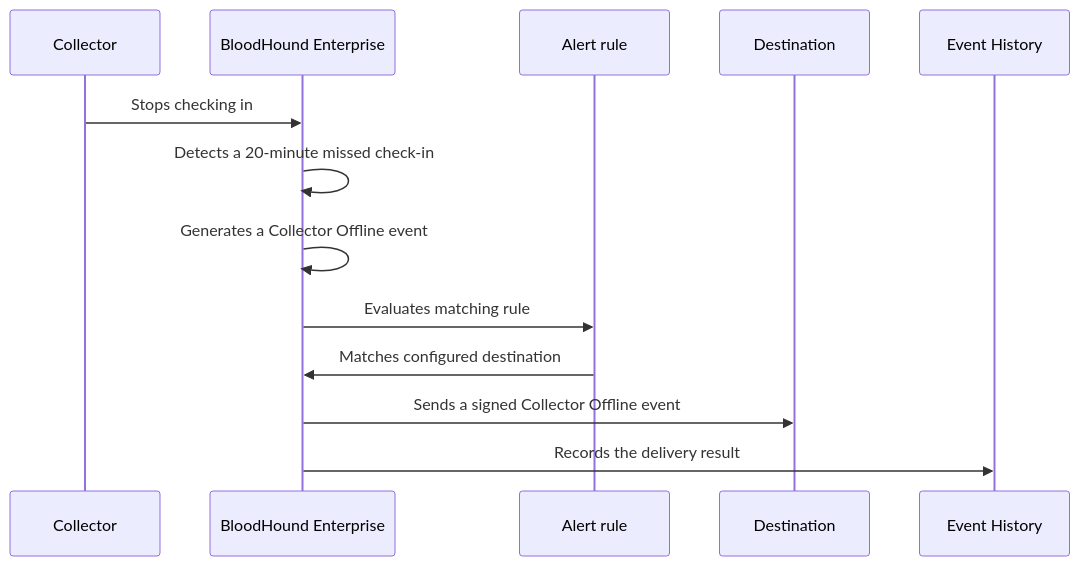
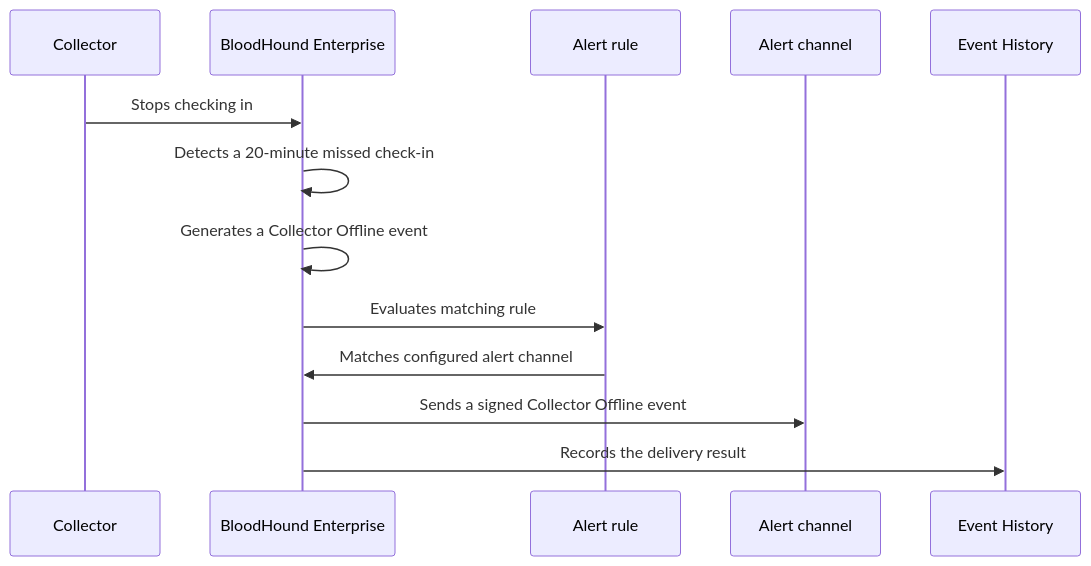
One commit to SpecterOps/bloodhound-docs changed the diagram in docs/manage-bloodhound/alerts/overview.mdx. Above: the diagram before and after it, drawn with Mermaid. The commit also changed other lines of this file and 3 other files, not shown here.

````diff
--- a/docs/manage-bloodhound/alerts/overview.mdx
+++ b/docs/manage-bloodhound/alerts/overview.mdx
@@ -71,16 +77,16 @@
 ```mermaid
 sequenceDiagram
     participant C as Collector
     participant B as BloodHound Enterprise
     participant R as Alert rule
-    participant W as Destination
+    participant W as Alert channel
     participant H as Event History
 
     C->>B: Stops checking in
     B->>B: Detects a 20-minute missed check-in
     B->>B: Generates a Collector Offline event
     B->>R: Evaluates matching rule
-    R->>B: Matches configured destination
+    R->>B: Matches configured alert channel
     B->>W: Sends a signed Collector Offline event
     B->>H: Records the delivery result
 ```
````
